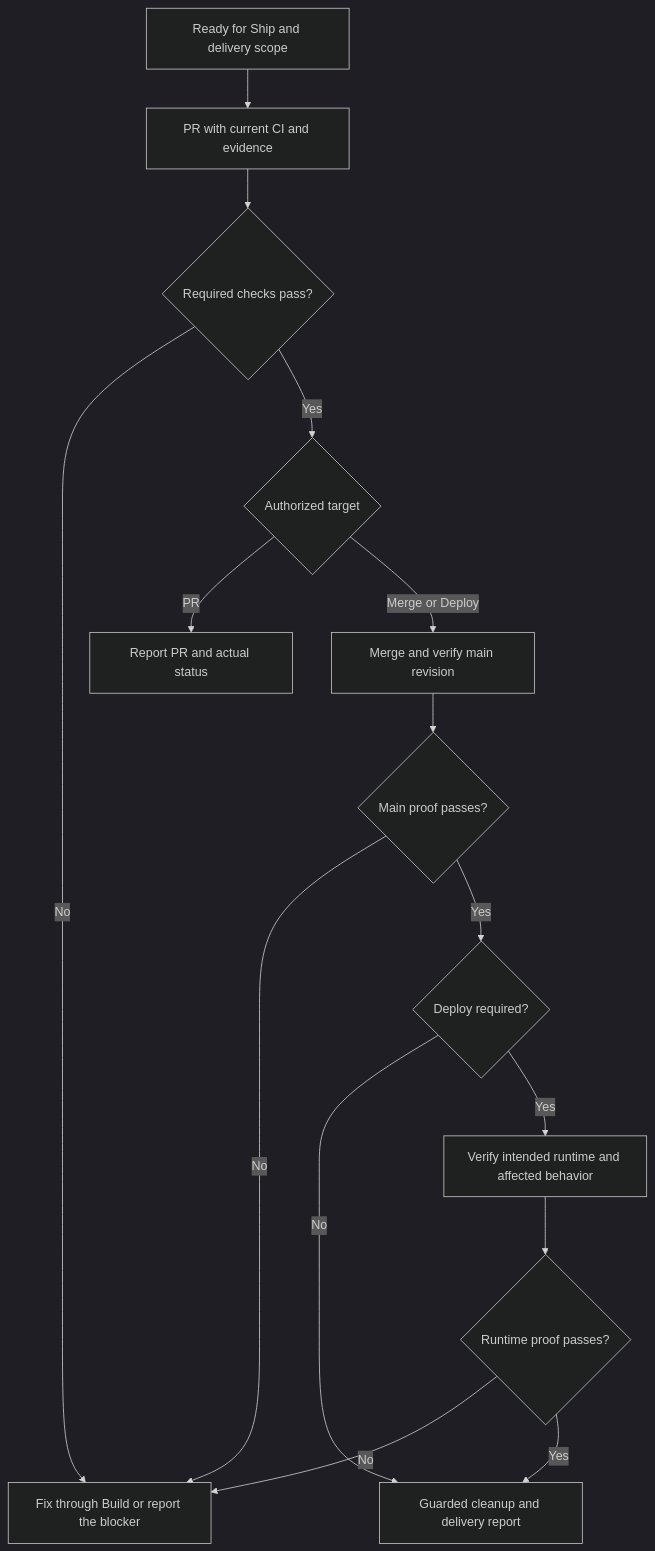
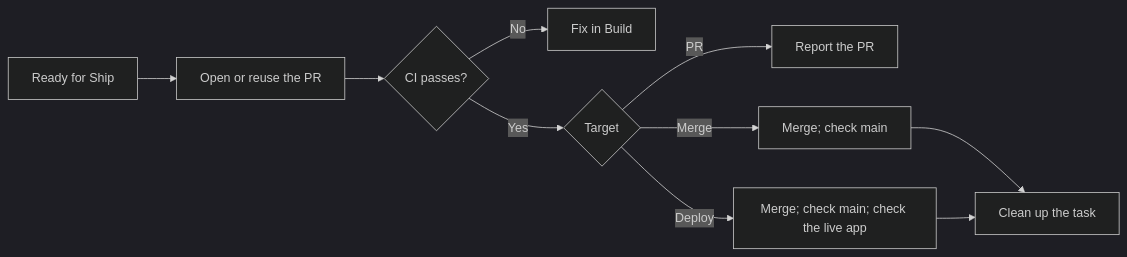
One commit to sgaabdu4/hard-eng changed the fifth of 7 diagrams in README.md. Above: the diagram before and after it, drawn with Mermaid (dark theme). The commit also changed other lines of this file and 35 other files, not shown here.

````diff
--- a/README.md
+++ b/README.md
@@ -143,17 +181,12 @@
 ```mermaid
-flowchart TD
-  A[Ready for Ship and delivery scope] --> B[PR with current CI and evidence]
-  B --> C{Required checks pass?}
-  C -->|No| X[Fix through Build or report the blocker]
-  C -->|Yes| D{Authorized target}
-  D -->|PR| E[Report PR and actual status]
-  D -->|Merge or Deploy| F[Merge and verify main revision]
-  F --> G{Main proof passes?}
-  G -->|No| X
-  G -->|Yes| H{Deploy required?}
-  H -->|No| K[Guarded cleanup and delivery report]
-  H -->|Yes| I[Verify intended runtime and affected behavior]
-  I --> J{Runtime proof passes?}
-  J -->|No| X
-  J -->|Yes| K
+flowchart LR
+  A[Ready for Ship] --> B[Open or reuse the PR]
+  B --> C{CI passes?}
+  C -->|No| X[Fix in Build]
+  C -->|Yes| D{Target}
+  D -->|PR| E[Report the PR]
+  D -->|Merge| F[Merge; check main]
+  D -->|Deploy| G[Merge; check main; check the live app]
+  F --> K[Clean up the task]
+  G --> K
 ```
````
